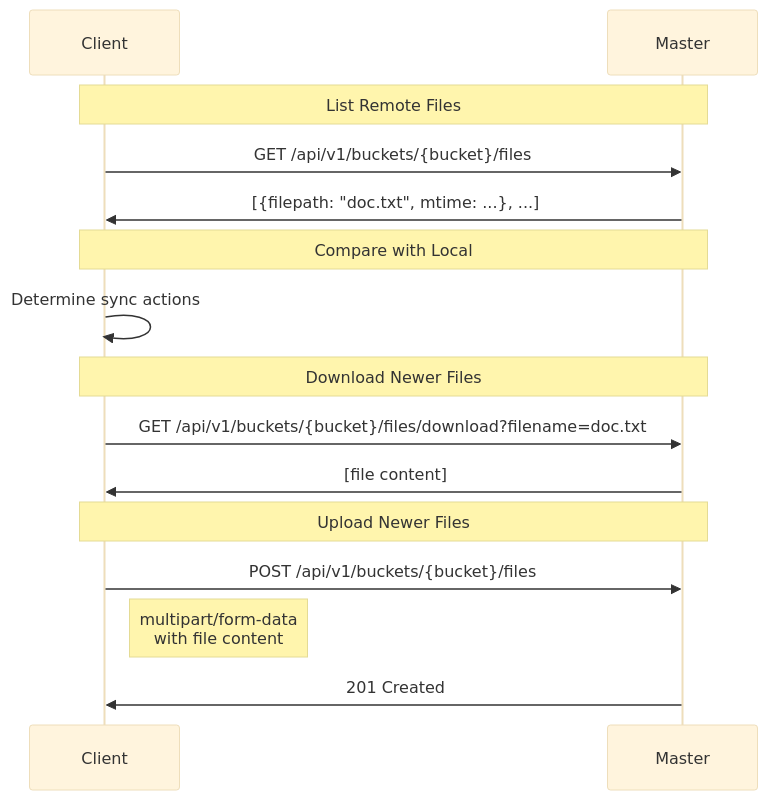
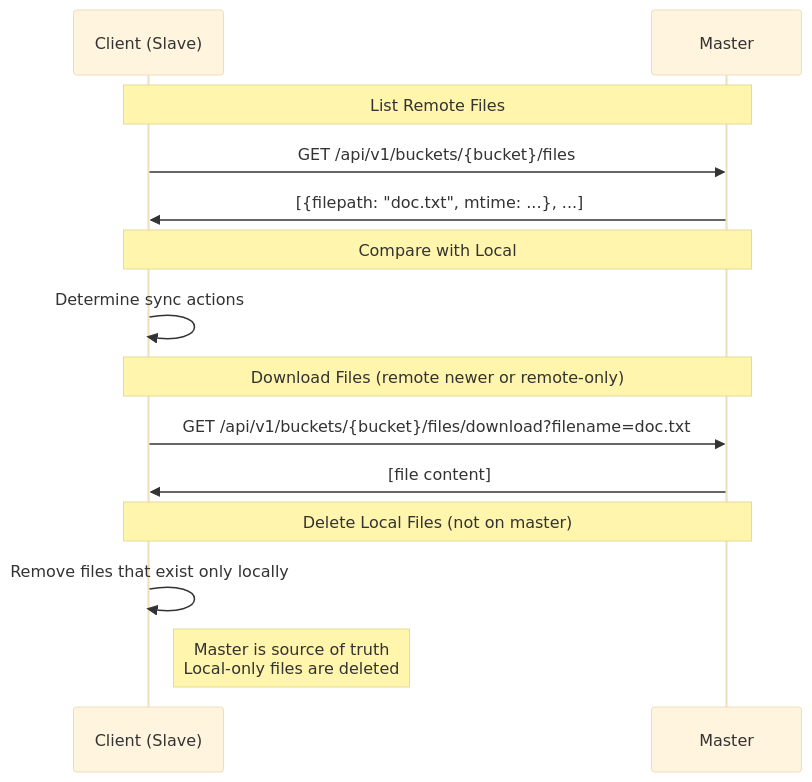
Before and after one commit to albertsdk/hsync-client: the fourth of 7 diagrams in docs/lan-mode.md, drawn with Mermaid (base theme). The commit also changed other lines of this file and 1 other file, not shown here.

````diff
--- a/docs/lan-mode.md
+++ b/docs/lan-mode.md
@@ -129,21 +131,20 @@
 ```mermaid
 sequenceDiagram
-    participant C as Client
+    participant C as Client (Slave)
     participant M as Master
 
     Note over C,M: List Remote Files
     C->>M: GET /api/v1/buckets/{bucket}/files
     M->>C: [{filepath: "doc.txt", mtime: ...}, ...]
 
     Note over C,M: Compare with Local
     C->>C: Determine sync actions
 
-    Note over C,M: Download Newer Files
+    Note over C,M: Download Files (remote newer or remote-only)
     C->>M: GET /api/v1/buckets/{bucket}/files/download?filename=doc.txt
     M->>C: [file content]
 
-    Note over C,M: Upload Newer Files
-    C->>M: POST /api/v1/buckets/{bucket}/files
-    Note right of C: multipart/form-data<br/>with file content
-    M->>C: 201 Created
+    Note over C,M: Delete Local Files (not on master)
+    C->>C: Remove files that exist only locally
+    Note right of C: Master is source of truth<br/>Local-only files are deleted
 ```
````
